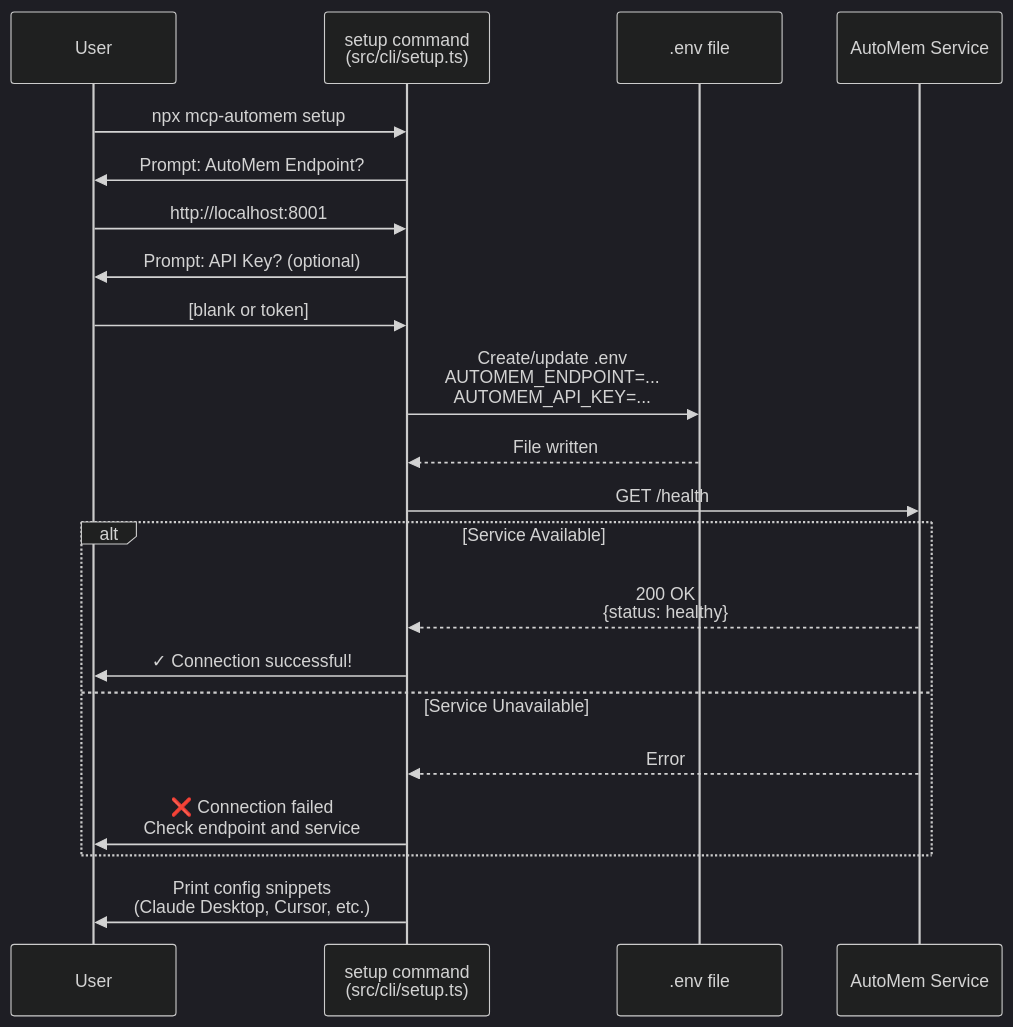
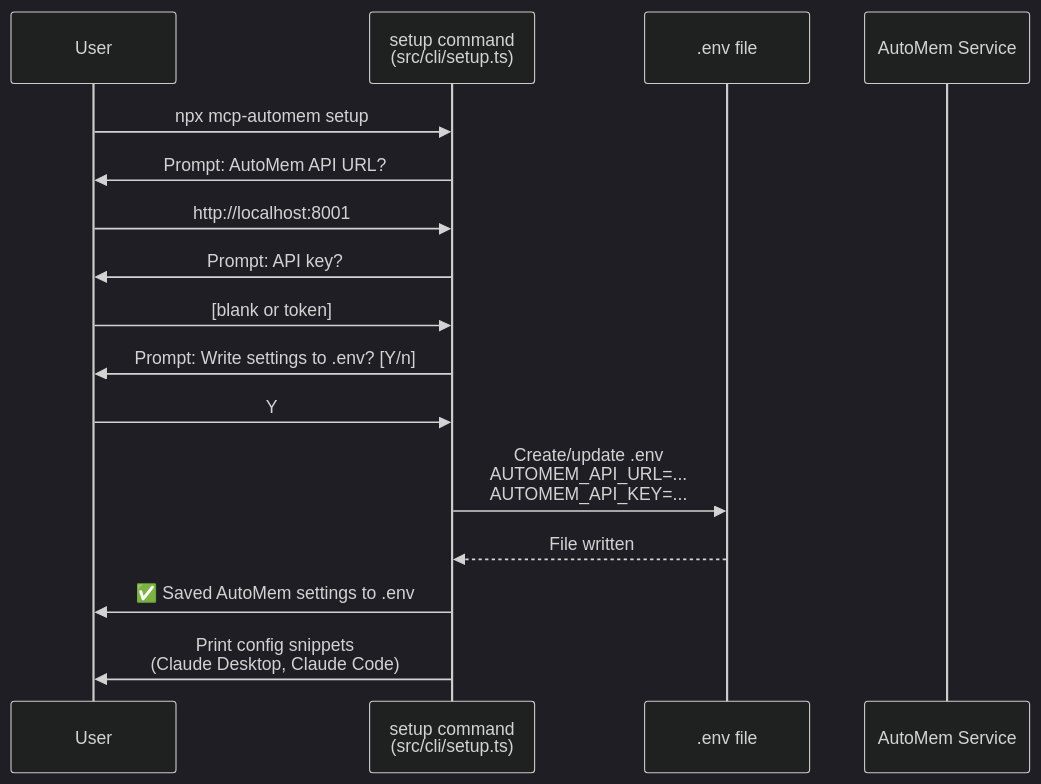
Before and after one commit to verygoodplugins/automem-website: the second of 2 diagrams in src/content/docs/docs/cli/setup.md, drawn with Mermaid (dark theme). The commit also changed other lines of this file, not shown here.

First line of the commit message:
docs: fix drift in CLI Setup & Installation page

````diff
--- a/src/content/docs/docs/cli/setup.md
+++ b/src/content/docs/docs/cli/setup.md
@@ -247,27 +248,21 @@
 ```mermaid
 sequenceDiagram
     participant User
     participant CLI as setup command<br/>(src/cli/setup.ts)
     participant ENV as .env file
     participant API as AutoMem Service
 
     User->>CLI: npx mcp-automem setup
-    CLI->>User: Prompt: AutoMem Endpoint?
+    CLI->>User: Prompt: AutoMem API URL?
     User->>CLI: http://localhost:8001
-    CLI->>User: Prompt: API Key? (optional)
+    CLI->>User: Prompt: API key?
     User->>CLI: [blank or token]
+    CLI->>User: Prompt: Write settings to .env? [Y/n]
+    User->>CLI: Y
 
-    CLI->>ENV: Create/update .env<br/>AUTOMEM_ENDPOINT=...<br/>AUTOMEM_API_KEY=...
+    CLI->>ENV: Create/update .env<br/>AUTOMEM_API_URL=...<br/>AUTOMEM_API_KEY=...
     ENV-->>CLI: File written
+    CLI->>User: ✅ Saved AutoMem settings to .env
 
-    CLI->>API: GET /health
-    alt Service Available
-        API-->>CLI: 200 OK<br/>{status: healthy}
-        CLI->>User: ✓ Connection successful!
-    else Service Unavailable
-        API-->>CLI: Error
-        CLI->>User: ❌ Connection failed<br/>Check endpoint and service
-    end
-
-    CLI->>User: Print config snippets<br/>(Claude Desktop, Cursor, etc.)
+    CLI->>User: Print config snippets<br/>(Claude Desktop, Claude Code)
 ```
````
